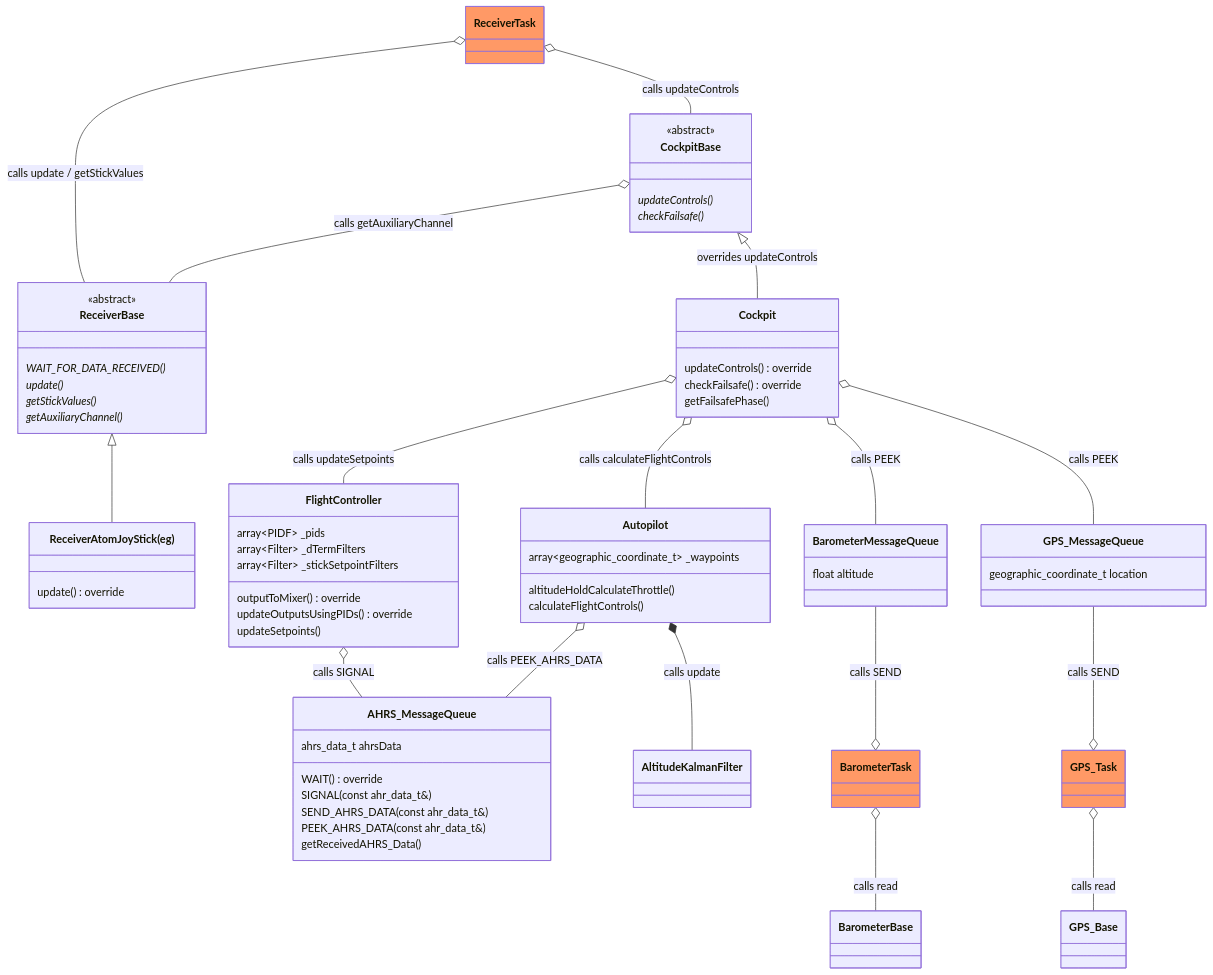
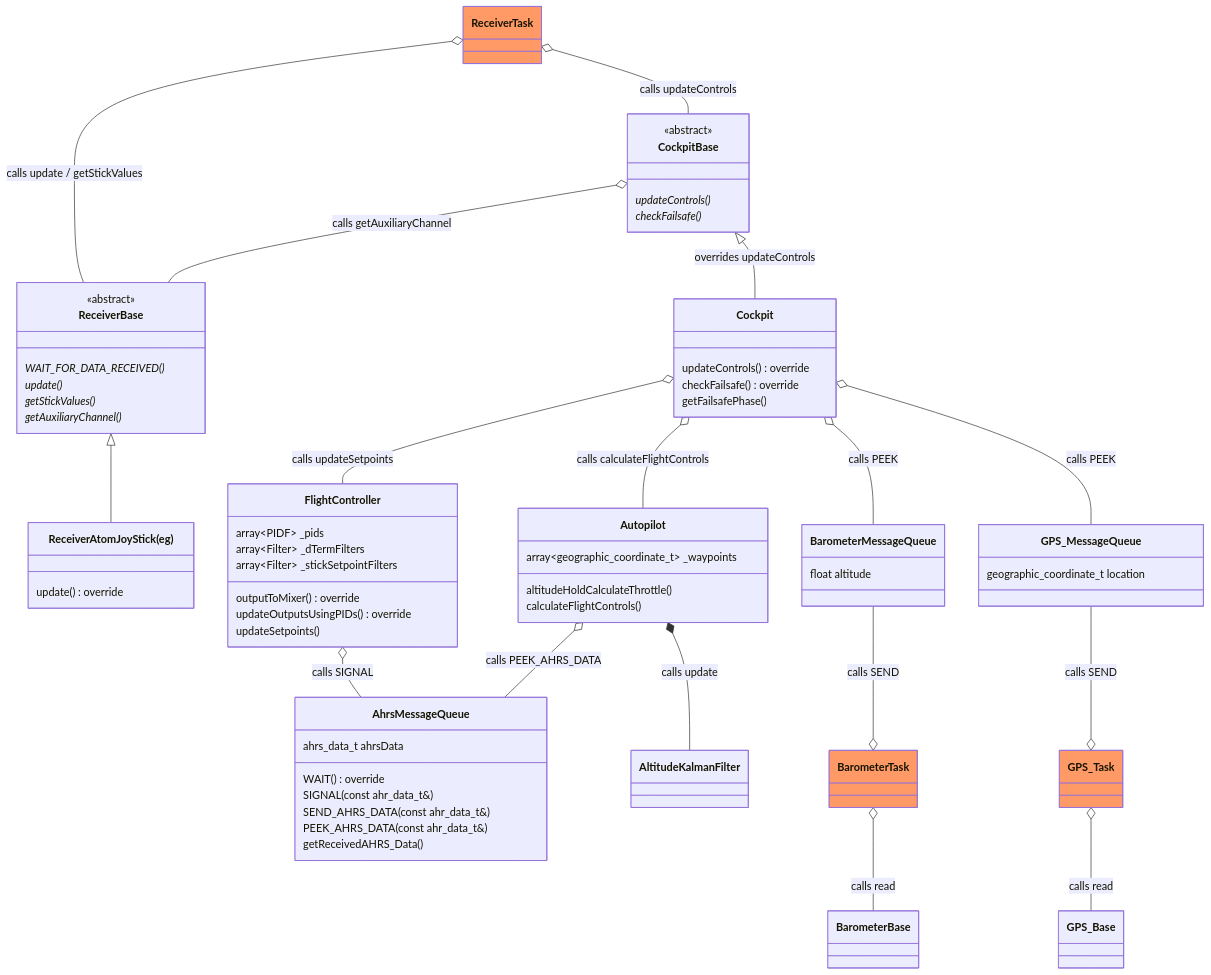
One commit to martinbudden/Protoflight changed the fifth of 5 diagrams in README.md. Above: the diagram before and after it, drawn with Mermaid. The commit also changed other lines of this file and 124 other files, not shown here.

```diff
--- a/README.md
+++ b/README.md
@@ -1072,12 +847,12 @@
         calculateFlightControls()
     }
     link Autopilot "https://github.com/martinbudden/protoflight/blob/main/lib/Helm/src/Autopilot.h"
-    Autopilot o-- AHRS_MessageQueue : calls PEEK_AHRS_DATA
+    Autopilot o-- AhrsMessageQueue : calls PEEK_AHRS_DATA
     Autopilot *-- AltitudeKalmanFilter : calls update
 
     class AltitudeKalmanFilter {
     }
-    class AHRS_MessageQueue {
+    class AhrsMessageQueue {
         ahrs_data_t ahrsData
         WAIT() override
         SIGNAL(const ahr_data_t&)
@@ -1085,9 +860,9 @@
         PEEK_AHRS_DATA(const ahr_data_t&)
         getReceivedAHRS_Data()
     }
-    link AHRS_MessageQueue "https://github.com/martinbudden/Library-StabilizedVehicle/blob/main/src/AHRS_MessageQueue.h"
-    FlightController o-- AHRS_MessageQueue : calls SIGNAL
-    %%AHRS_MessageQueue --o FlightController : calls SIGNAL
+    link AhrsMessageQueue "https://github.com/martinbudden/Library-StabilizedVehicle/blob/main/src/AhrsMessageQueue.h"
+    FlightController o-- AhrsMessageQueue : calls SIGNAL
+    %%AhrsMessageQueue --o FlightController : calls SIGNAL
 
     class BarometerBase {
     }
```
